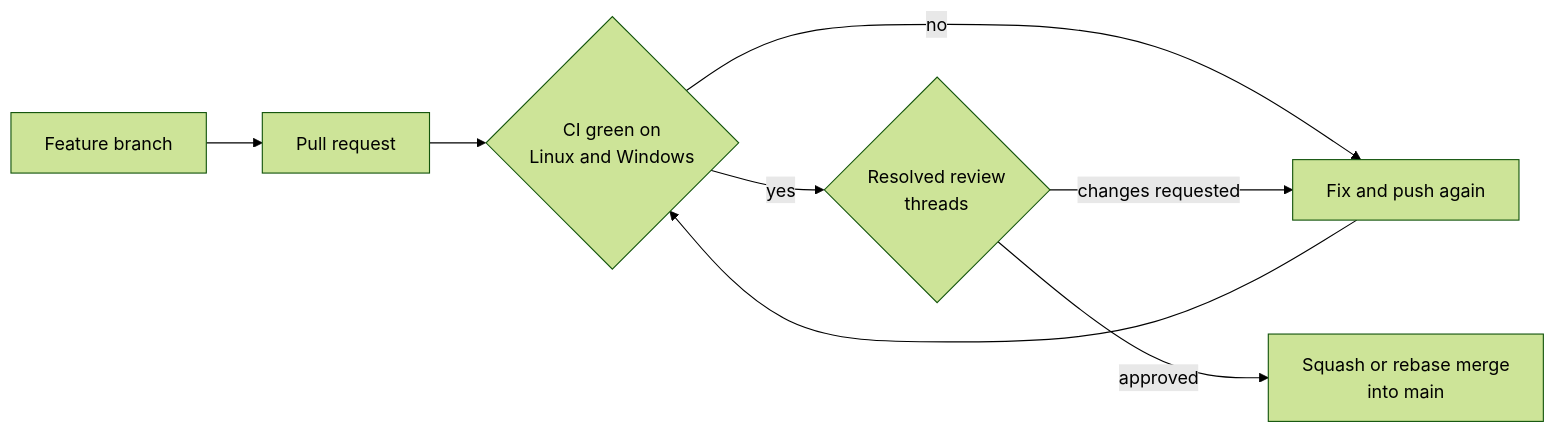
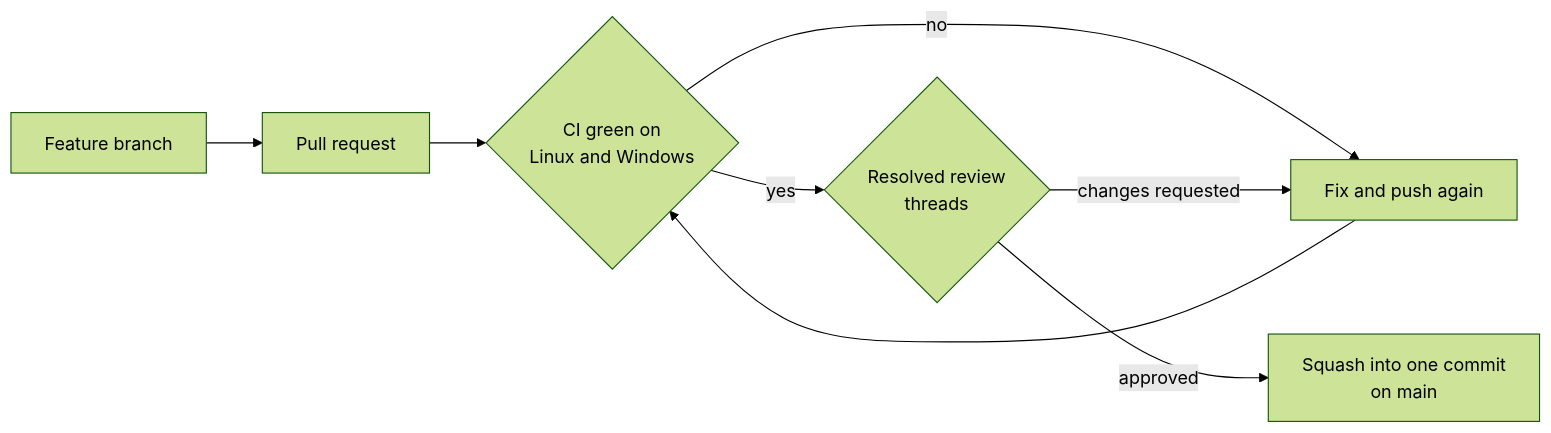
The diagram in docs/development/repository-settings.md (ztc0/goop), drawn with Mermaid (forest theme) before and after one commit. The commit also changed other lines of this file and 2 other files, not shown here.

Commit message:
docs: merge pull requests as one squashed commit

````diff
--- a/docs/development/repository-settings.md
+++ b/docs/development/repository-settings.md
@@ -7,9 +7,9 @@
 ```mermaid
 flowchart LR
     Branch[Feature branch] --> PR[Pull request]
     PR --> CI{CI green on<br/>Linux and Windows}
     CI -->|no| Fix[Fix and push again] --> CI
     CI -->|yes| Review{Resolved review<br/>threads}
     Review -->|changes requested| Fix
-    Review -->|approved| Merge[Squash or rebase merge<br/>into main]
+    Review -->|approved| Merge[Squash into one commit<br/>on main]
 ```
````
